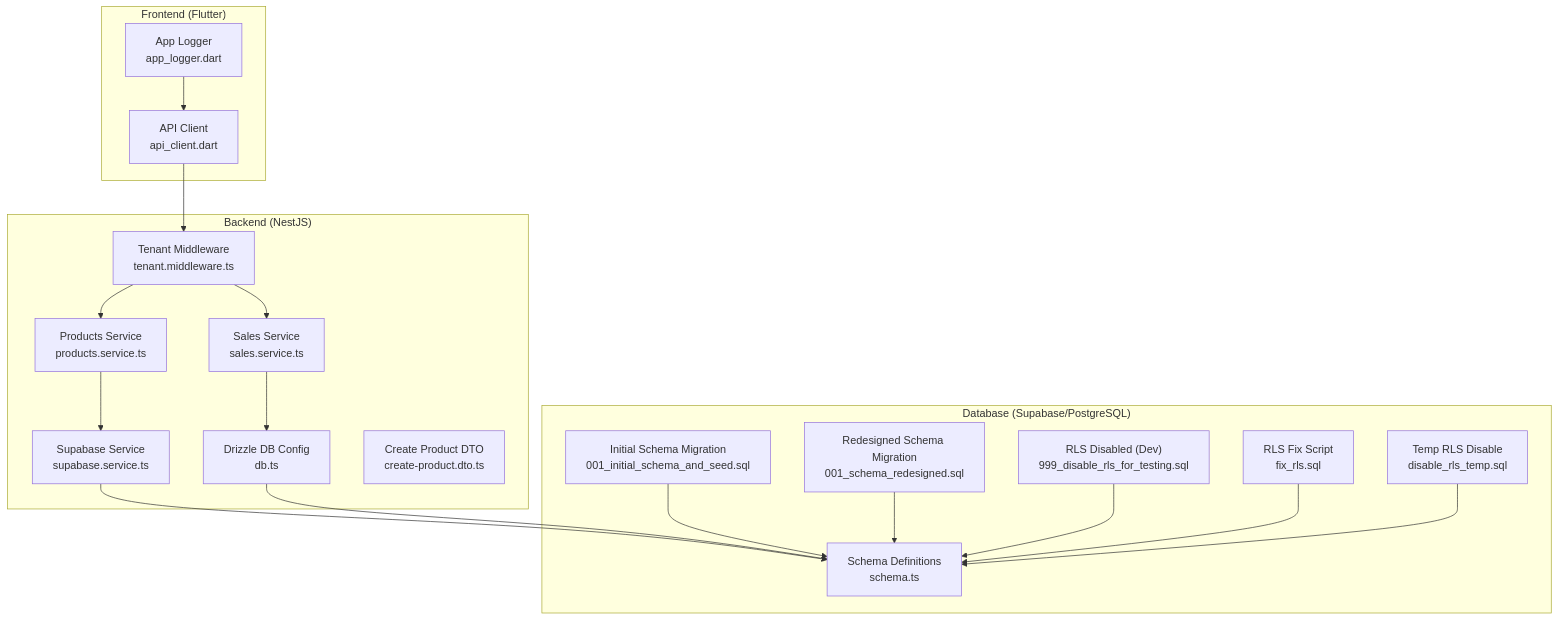
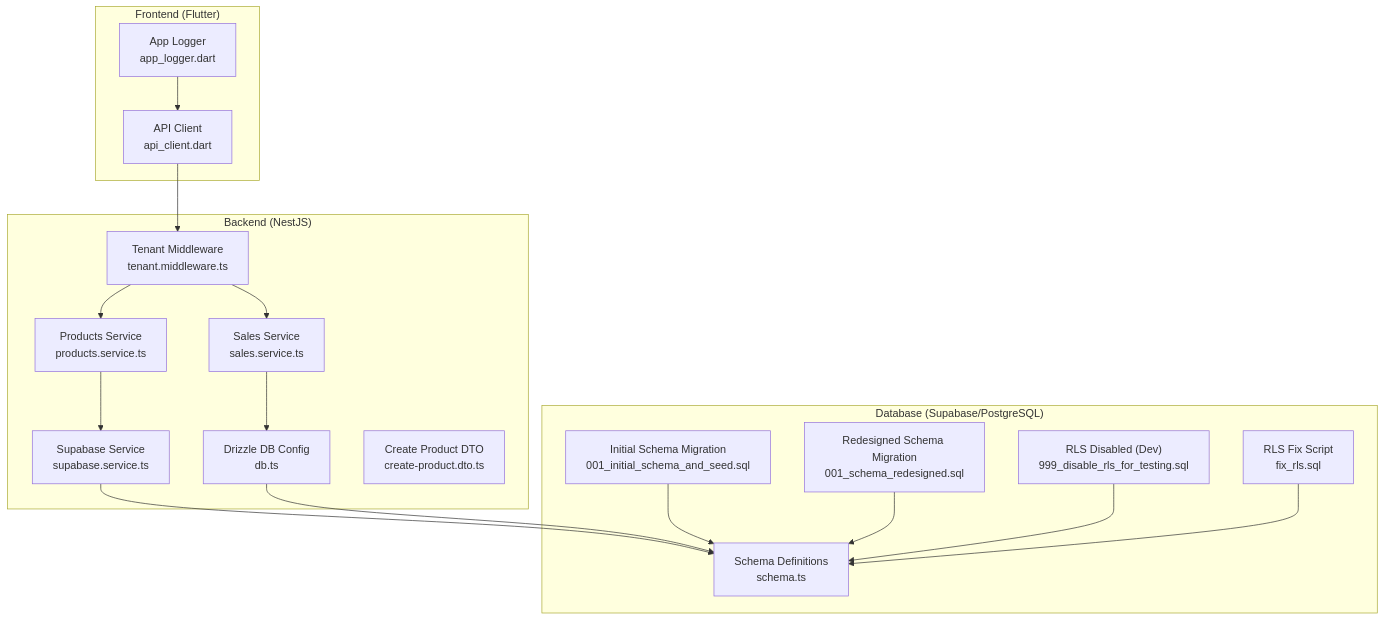
The first of 7 diagrams in repowiki/en/content/Data Management/Data Security & Integrity.md (ARUNTHOMAS3/trans), drawn with Mermaid before and after one commit. The commit also changed other lines of this file and 90 other files, not shown here.

````diff
--- a/repowiki/en/content/Data Management/Data Security & Integrity.md
+++ b/repowiki/en/content/Data Management/Data Security & Integrity.md
@@ -47,36 +46,34 @@
 ```mermaid
 graph TB
 subgraph "Backend (NestJS)"
 TM["Tenant Middleware<br/>tenant.middleware.ts"]
 PS["Products Service<br/>products.service.ts"]
 SS["Sales Service<br/>sales.service.ts"]
 DB["Drizzle DB Config<br/>db.ts"]
 SB["Supabase Service<br/>supabase.service.ts"]
 DTO["Create Product DTO<br/>create-product.dto.ts"]
 end
 subgraph "Database (Supabase/PostgreSQL)"
 SCH["Schema Definitions<br/>schema.ts"]
 MIG1["Initial Schema Migration<br/>001_initial_schema_and_seed.sql"]
 MIG2["Redesigned Schema Migration<br/>001_schema_redesigned.sql"]
 RLSDIS["RLS Disabled (Dev)<br/>999_disable_rls_for_testing.sql"]
 RLSFIX["RLS Fix Script<br/>fix_rls.sql"]
-RLSTEMP["Temp RLS Disable<br/>disable_rls_temp.sql"]
 end
 subgraph "Frontend (Flutter)"
 AC["API Client<br/>api_client.dart"]
 LOG["App Logger<br/>app_logger.dart"]
 end
 AC --> TM
 TM --> PS
 TM --> SS
 PS --> SB
 SS --> DB
 SB --> SCH
 DB --> SCH
 MIG1 --> SCH
 MIG2 --> SCH
 RLSDIS --> SCH
 RLSFIX --> SCH
-RLSTEMP --> SCH
 LOG --> AC
 ```
````
